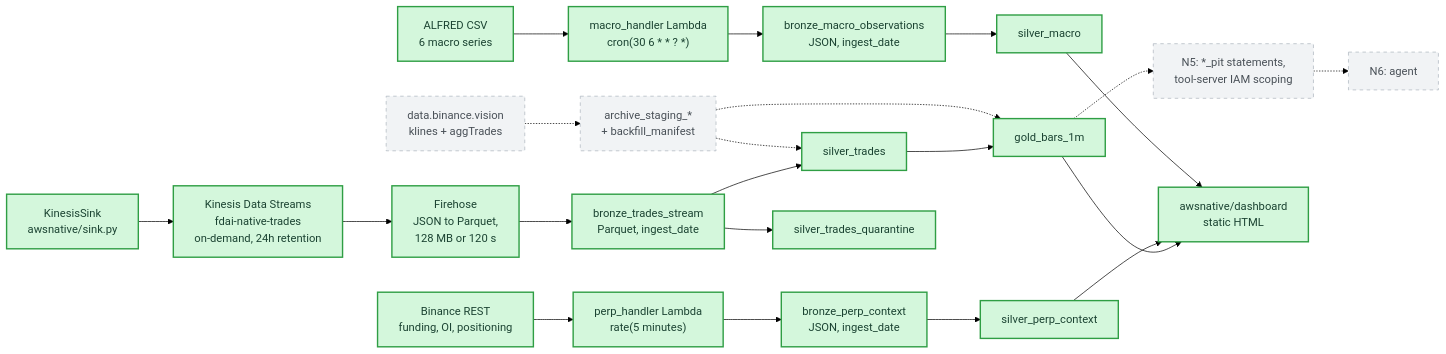
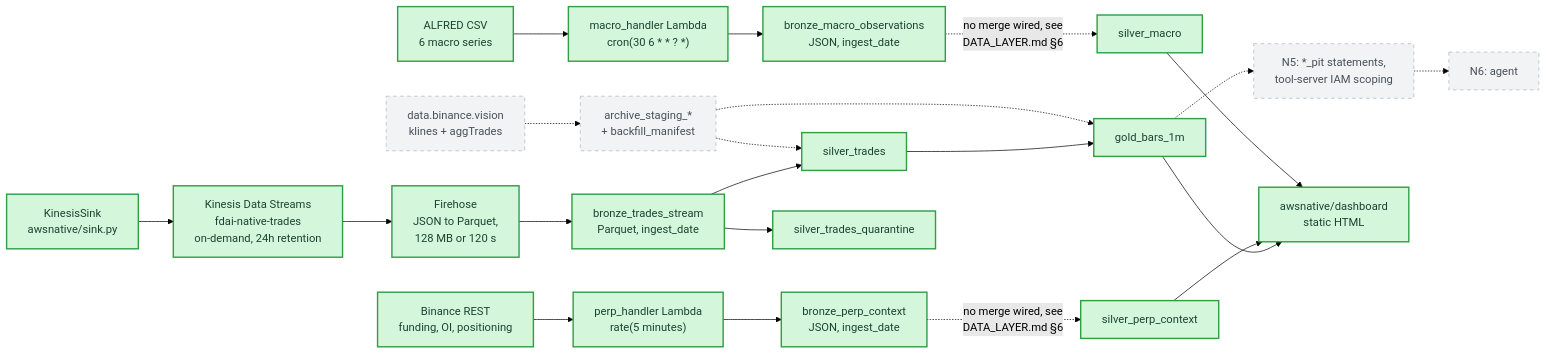
One commit to hailampy123/realtime-finance-bot changed the fourth of 5 diagrams in docs/ARCHITECTURE.md. Above: the diagram before and after it, drawn with Mermaid (forest theme). The commit also changed other lines of this file and 2 other files, not shown here.

Commit message:
feat(docs): Update data linage & table information

````diff
--- a/docs/ARCHITECTURE.md
+++ b/docs/ARCHITECTURE.md
@@ -225,50 +225,50 @@
 ```mermaid
 flowchart LR
     classDef built fill:#d4f7dc,stroke:#2f9e44,color:#1b4332,stroke-width:2px
     classDef planned fill:#f1f3f5,stroke:#adb5bd,color:#495057,stroke-width:1px,stroke-dasharray: 5 5
 
     Sink["KinesisSink\nawsnative/sink.py"]:::built
     KDS["Kinesis Data Streams\nfdai-native-trades\non-demand, 24h retention"]:::built
     FH["Firehose\nJSON to Parquet,\n128 MB or 120 s"]:::built
     BronzeT["bronze_trades_stream\nParquet, ingest_date"]:::built
 
     Sink --> KDS --> FH --> BronzeT
 
     PerpL["perp_handler Lambda\nrate(5 minutes)"]:::built
     MacroL["macro_handler Lambda\ncron(30 6 * * ? *)"]:::built
     BronzeP["bronze_perp_context\nJSON, ingest_date"]:::built
     BronzeM["bronze_macro_observations\nJSON, ingest_date"]:::built
 
     BinanceREST["Binance REST\nfunding, OI, positioning"]:::built
     ALFRED["ALFRED CSV\n6 macro series"]:::built
 
     BinanceREST --> PerpL --> BronzeP
     ALFRED --> MacroL --> BronzeM
 
     SilverT["silver_trades"]:::built
     Quar["silver_trades_quarantine"]:::built
     SilverP["silver_perp_context"]:::built
     SilverM["silver_macro"]:::built
     GoldB["gold_bars_1m"]:::built
 
     BronzeT --> SilverT
     BronzeT --> Quar
-    BronzeP --> SilverP
-    BronzeM --> SilverM
+    BronzeP -. "no merge wired, see\nDATA_LAYER.md §6" .-> SilverP
+    BronzeM -. "no merge wired, see\nDATA_LAYER.md §6" .-> SilverM
     SilverT --> GoldB
 
     Archive["data.binance.vision\nklines + aggTrades"]:::planned
     Staging["archive_staging_*\n+ backfill_manifest"]:::planned
     Archive -.-> Staging
     Staging -.-> SilverT
     Staging -.-> GoldB
 
     PIT["N5: *_pit statements,\ntool-server IAM scoping"]:::planned
     Agent["N6: agent"]:::planned
     GoldB -.-> PIT -.-> Agent
 
     Dash["awsnative/dashboard\nstatic HTML"]:::built
     GoldB --> Dash
     SilverP --> Dash
     SilverM --> Dash
 ```
````
